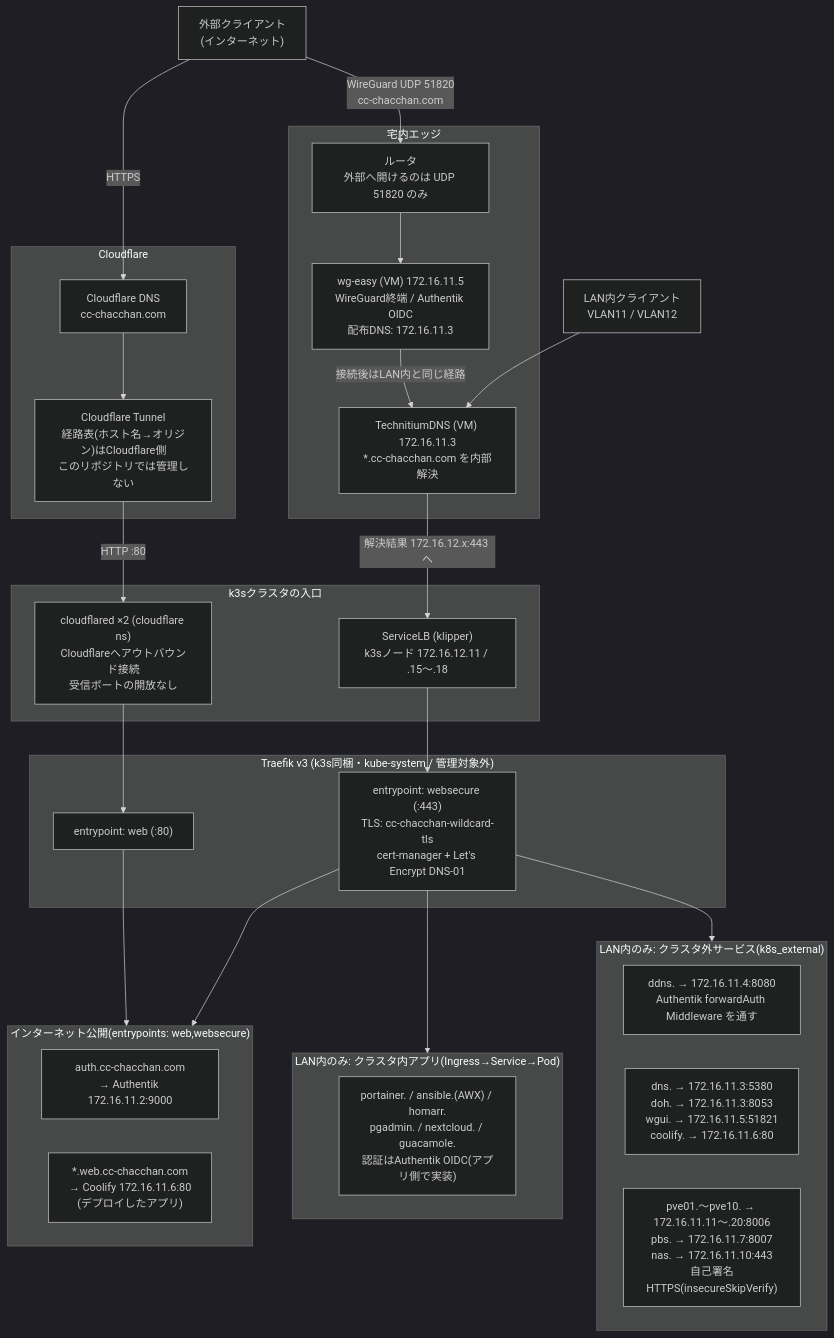
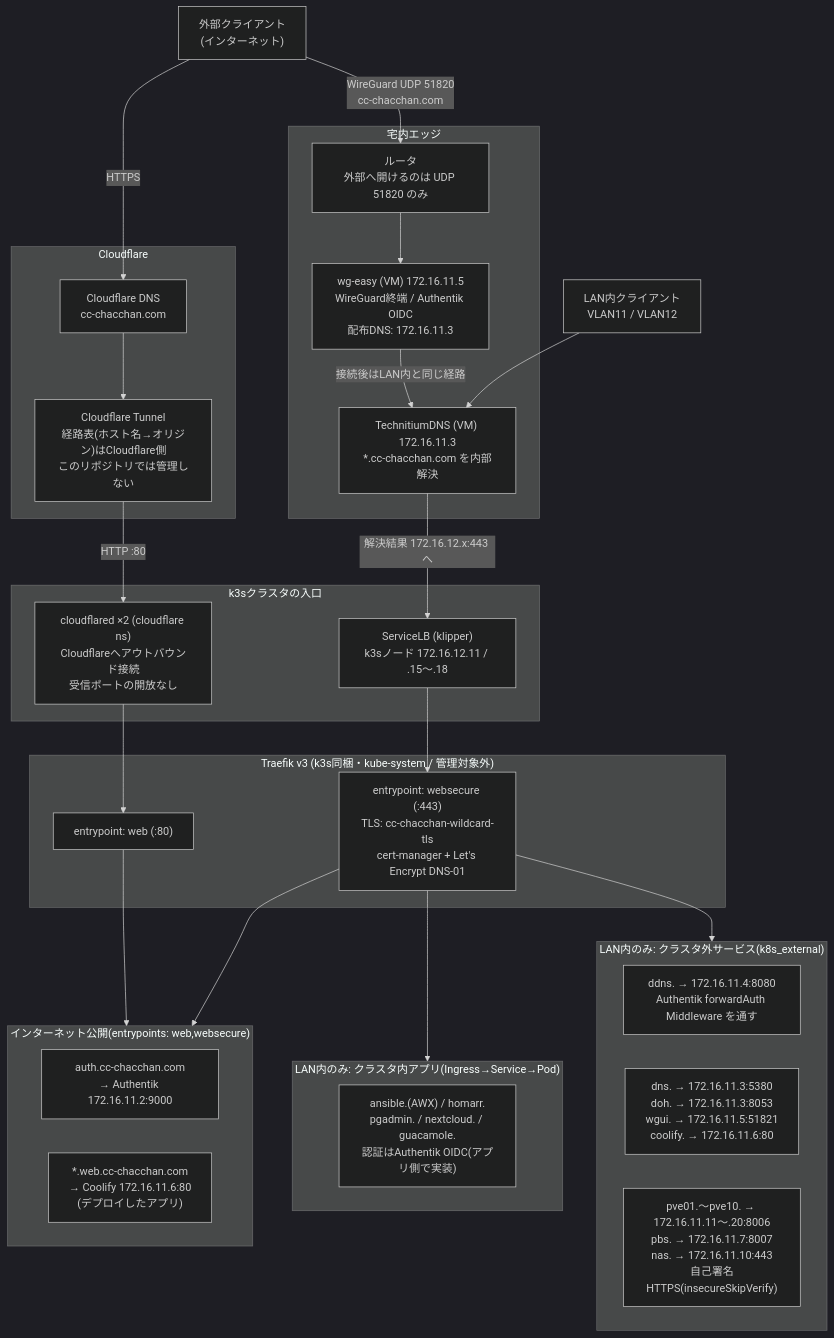
The second of 2 diagrams in infrastructure.md (CHACCHAN/infrastructure), drawn with Mermaid (dark theme) before and after one commit. The commit also changed 22 other files, not shown here.

````diff
--- a/infrastructure.md
+++ b/infrastructure.md
@@ -95,54 +95,54 @@
 ```mermaid
 flowchart TB
   C_EXT["外部クライアント<br>(インターネット)"]
   C_LAN["LAN内クライアント<br>VLAN11 / VLAN12"]
 
   subgraph cloudflare["Cloudflare"]
     CF_DNS["Cloudflare DNS<br>cc-chacchan.com"]
     CF_TUNNEL["Cloudflare Tunnel<br>経路表(ホスト名→オリジン)はCloudflare側<br>このリポジトリでは管理しない"]
   end
 
   subgraph edge["宅内エッジ"]
     ROUTER["ルータ<br>外部へ開けるのは UDP 51820 のみ"]
     WG["wg-easy (VM) 172.16.11.5<br>WireGuard終端 / Authentik OIDC<br>配布DNS: 172.16.11.3"]
     DNS["TechnitiumDNS (VM) 172.16.11.3<br>*.cc-chacchan.com を内部解決"]
   end
 
   subgraph entry["k3sクラスタの入口"]
     CFD["cloudflared ×2 (cloudflare ns)<br>Cloudflareへアウトバウンド接続<br>受信ポートの開放なし"]
     SLB["ServiceLB (klipper)<br>k3sノード 172.16.12.11 / .15〜.18"]
   end
 
   subgraph traefik["Traefik v3 (k3s同梱・kube-system / 管理対象外)"]
     EP_WEB["entrypoint: web (:80)"]
     EP_SEC["entrypoint: websecure (:443)<br>TLS: cc-chacchan-wildcard-tls<br>cert-manager + Let's Encrypt DNS-01"]
   end
 
   subgraph pub["インターネット公開(entrypoints: web,websecure)"]
     H_AUTH["auth.cc-chacchan.com<br>→ Authentik 172.16.11.2:9000"]
     H_WEB["*.web.cc-chacchan.com<br>→ Coolify 172.16.11.6:80<br>(デプロイしたアプリ)"]
   end
 
   subgraph lan_app["LAN内のみ: クラスタ内アプリ(Ingress→Service→Pod)"]
-    A_APPS["portainer. / ansible.(AWX) / homarr.<br>pgadmin. / nextcloud. / guacamole.<br>認証はAuthentik OIDC(アプリ側で実装)"]
+    A_APPS["ansible.(AWX) / homarr.<br>pgadmin. / nextcloud. / guacamole.<br>認証はAuthentik OIDC(アプリ側で実装)"]
   end
 
   subgraph lan_ext["LAN内のみ: クラスタ外サービス(k8s_external)"]
     E_FWD["ddns. → 172.16.11.4:8080<br>Authentik forwardAuth Middleware を通す"]
     E_NET["dns. → 172.16.11.3:5380<br>doh. → 172.16.11.3:8053<br>wgui. → 172.16.11.5:51821<br>coolify. → 172.16.11.6:80"]
     E_INFRA["pve01.〜pve10. → 172.16.11.11〜.20:8006<br>pbs. → 172.16.11.7:8007<br>nas. → 172.16.11.10:443<br>自己署名HTTPS(insecureSkipVerify)"]
   end
 
   C_EXT -->|"HTTPS"| CF_DNS
   C_EXT -->|"WireGuard UDP 51820<br>cc-chacchan.com"| ROUTER
   CF_DNS --> CF_TUNNEL
   CF_TUNNEL -->|"HTTP :80"| CFD
   CFD --> EP_WEB
   ROUTER --> WG
   WG -->|"接続後はLAN内と同じ経路"| DNS
   C_LAN --> DNS
   DNS -->|"解決結果 172.16.12.x:443 へ"| SLB
   SLB --> EP_SEC
   EP_WEB --> pub
   EP_SEC --> pub & lan_app & lan_ext
 ```
````
